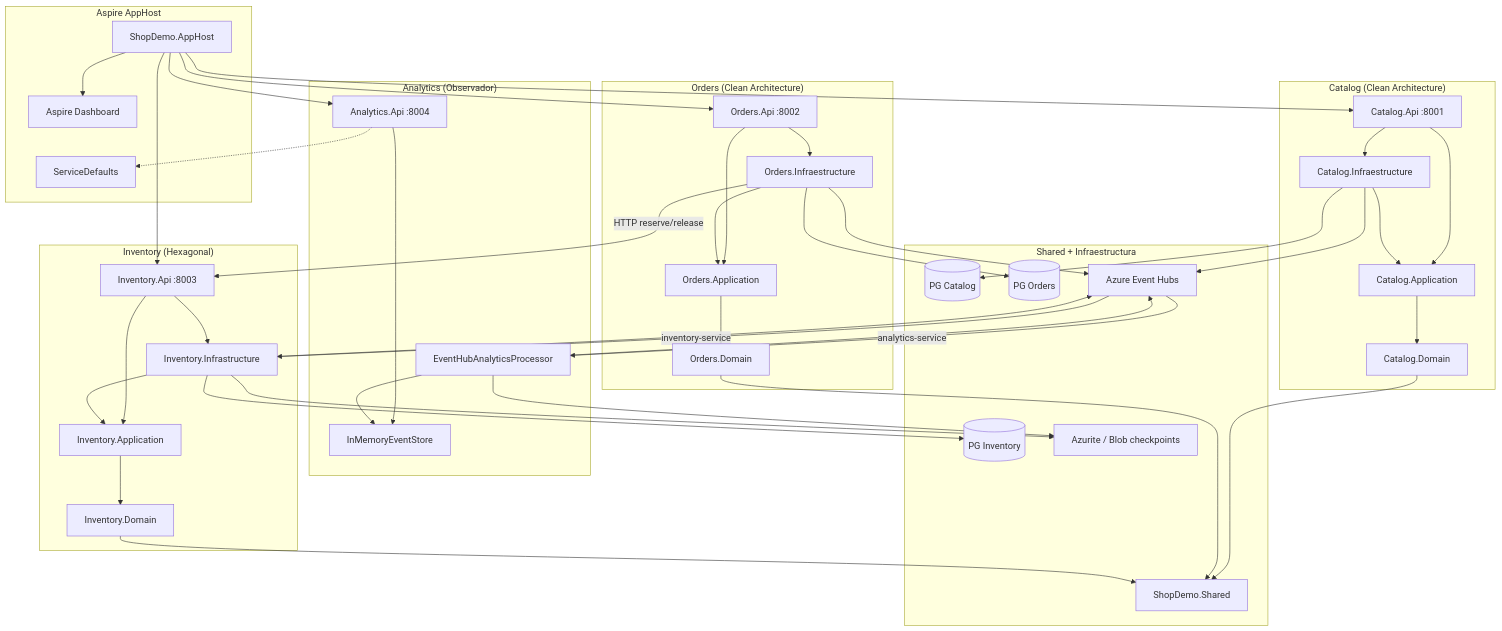
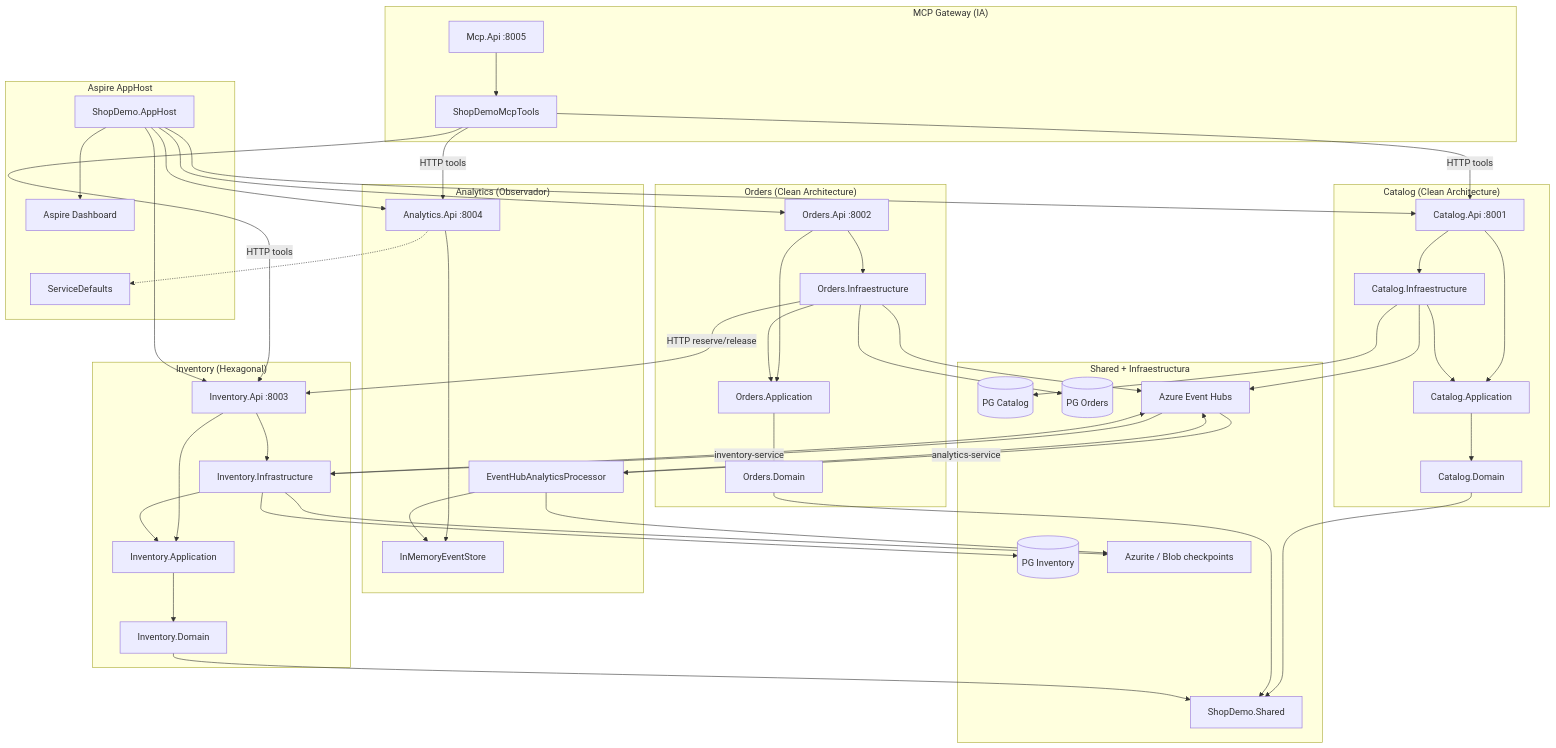
The fourth of 4 diagrams in docs/ARQUITECTURA.md (winbugsmx/ShopDemo), drawn with Mermaid before and after one commit. The commit also changed other lines of this file and 85 other files, not shown here.

````diff
--- a/docs/ARQUITECTURA.md
+++ b/docs/ARQUITECTURA.md
@@ -409,64 +494,71 @@
 ```mermaid
 graph TB
     subgraph "Aspire AppHost"
         AH[ShopDemo.AppHost]
         SD[ServiceDefaults]
         DASH[Aspire Dashboard]
         AH --> DASH
     end
 
     subgraph "Catalog (Clean Architecture)"
         CA[Catalog.Api :8001]
         CApp[Catalog.Application]
         CD[Catalog.Domain]
         CI[Catalog.Infraestructure]
         CA --> CApp & CI
         CI --> CApp --> CD
     end
 
     subgraph "Orders (Clean Architecture)"
         OA[Orders.Api :8002]
         OApp[Orders.Application]
         OD[Orders.Domain]
         OI[Orders.Infraestructure]
         OA --> OApp & OI
         OI --> OApp --> OD
     end
 
     subgraph "Inventory (Hexagonal)"
         IA[Inventory.Api :8003]
         IApp[Inventory.Application]
         ID[Inventory.Domain]
         II[Inventory.Infrastructure]
         IA --> IApp & II
         II --> IApp --> ID
     end
 
     subgraph "Analytics (Observador)"
         AA[Analytics.Api :8004]
         AP[EventHubAnalyticsProcessor]
         AS[InMemoryEventStore]
         AA --> AS
         AP --> AS
         AA -.-> SD
     end
 
+    subgraph "MCP Gateway (IA)"
+        MA[Mcp.Api :8005]
+        MT[ShopDemoMcpTools]
+        MA --> MT
+        MT -->|HTTP tools| CA & IA & AA
+    end
+
     subgraph "Shared + Infraestructura"
         SK[ShopDemo.Shared]
         PG1[(PG Catalog)]
         PG2[(PG Orders)]
         PG3[(PG Inventory)]
         EH[Azure Event Hubs]
         AZ[Azurite / Blob checkpoints]
     end
 
     AH --> CA & OA & IA & AA
     CD & OD & ID --> SK
     CI --> PG1 & EH
     OI --> PG2 & EH
     OI -->|HTTP reserve/release| IA
     II --> PG3 & EH & AZ
     AP --> EH & AZ
     EH -->|inventory-service| II
     EH -->|analytics-service| AP
 ```
````
